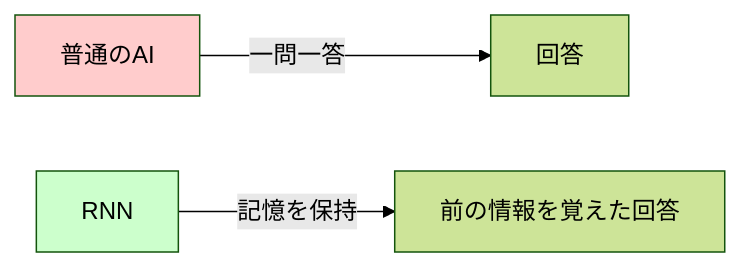
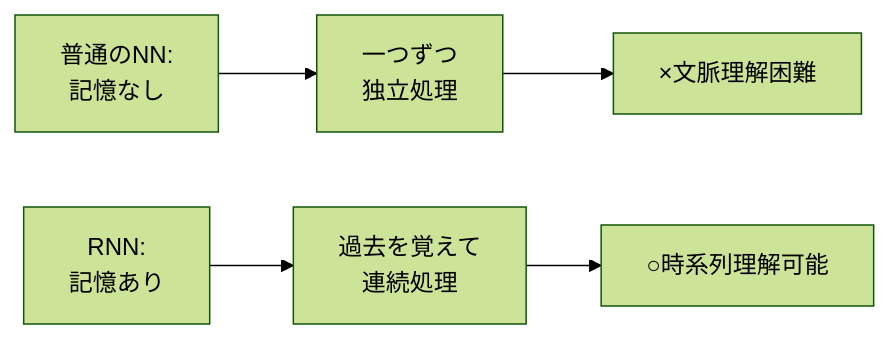
Before and after one commit to SparklingDetergent/doc_genai_mental_model: the first of 13 diagrams in AI/DeepLearning/RecurrentNeuralNetwork/README.MD, drawn with Mermaid (forest theme). The commit also changed other lines of this file, not shown here.

````diff
--- a/AI/DeepLearning/RecurrentNeuralNetwork/README.MD
+++ b/AI/DeepLearning/RecurrentNeuralNetwork/README.MD
@@ -26,8 +29,8 @@
 ```mermaid
 graph LR
-    A[普通のAI] --> |一問一答| B[回答]
-    C[RNN] --> |記憶を保持| D[前の情報を覚えた回答]
+    A[普通のNN:<br/>記憶なし] --> B[一つずつ<br/>独立処理]
+    C[RNN:<br/>記憶あり] --> D[過去を覚えて<br/>連続処理]
     
-    style A fill:#ffcccc
-    style C fill:#ccffcc
+    B --> E[×文脈理解困難]
+    D --> F[○時系列理解可能]
 ```
````
